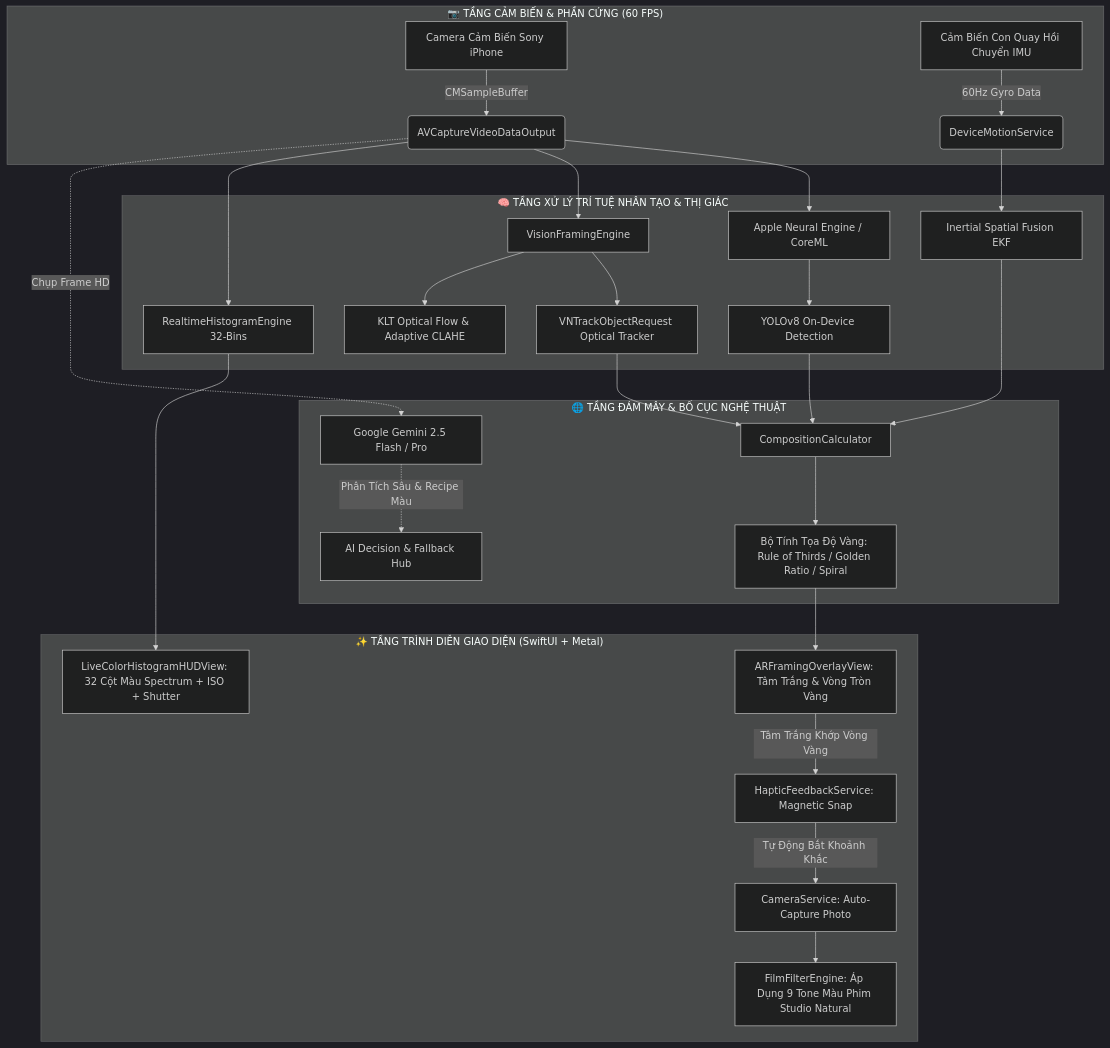
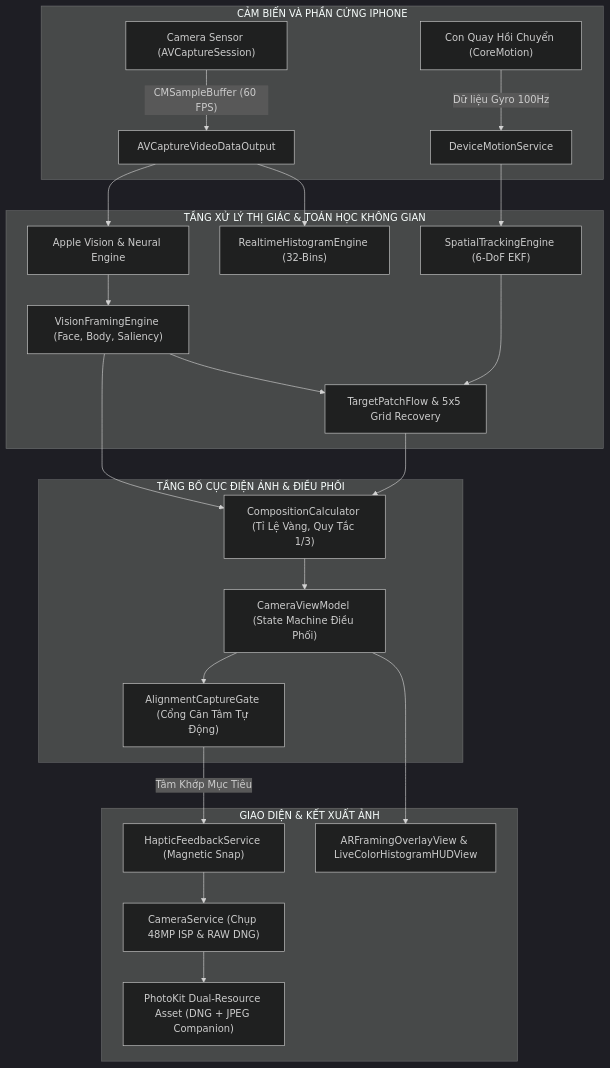
One commit to emlavankhoahienma-hue/ai-smart-framing-camera changed the diagram in README.md. Above: the diagram before and after it, drawn with Mermaid (dark theme). The commit also changed other lines of this file, not shown here.

Commit message:
docs: redesign README with professional layout, core features, and geometric algorithms [skip ci]

````diff
--- a/README.md
+++ b/README.md
@@ -147,32 +78,28 @@
 ```mermaid
-flowchart TB
-    subgraph SENSOR_TIER["📷 TẦNG CẢM BIẾN & PHẦN CỨNG (60 FPS)"]
-        A[Camera Cảm Biến Sony iPhone] -->|CMSampleBuffer| B(AVCaptureVideoDataOutput)
-        C[Cảm Biến Con Quay Hồi Chuyển IMU] -->|60Hz Gyro Data| D(DeviceMotionService)
+flowchart TD
+    subgraph HARDWARE_TIER["CẢM BIẾN VÀ PHẦN CỨNG IPHONE"]
+        A["Camera Sensor (AVCaptureSession)"] -->|"CMSampleBuffer (60 FPS)"| B["AVCaptureVideoDataOutput"]
+        C["Con Quay Hồi Chuyển (CoreMotion)"] -->|"Dữ liệu Gyro 100Hz"| D["DeviceMotionService"]
     end
 
-    subgraph ENGINE_TIER["🧠 TẦNG XỬ LÝ TRÍ TUỆ NHÂN TẠO & THỊ GIÁC"]
-        B --> E[Apple Neural Engine / CoreML]
-        B --> F[VisionFramingEngine]
-        B --> G[RealtimeHistogramEngine 32-Bins]
-        E --> H[YOLOv8 On-Device Detection]
-        F --> I[VNTrackObjectRequest Optical Tracker]
-        F --> J[KLT Optical Flow & Adaptive CLAHE]
-        D --> K[Inertial Spatial Fusion EKF]
+    subgraph ENGINE_TIER["TẦNG XỬ LÝ THỊ GIÁC & TOÁN HỌC KHÔNG GIAN"]
+        B --> E["Apple Vision & Neural Engine"]
+        B --> F["RealtimeHistogramEngine (32-Bins)"]
+        D --> G["SpatialTrackingEngine (6-DoF EKF)"]
+        E --> H["VisionFramingEngine (Face, Body, Saliency)"]
+        H & G --> I["TargetPatchFlow & 5x5 Grid Recovery"]
     end
 
-    subgraph INTELLIGENCE_TIER["🌐 TẦNG ĐÁM MÂY & BỐ CỤC NGHỆ THUẬT"]
-        B -.->|Chụp Frame HD| L[Google Gemini 2.5 Flash / Pro]
-        L -.->|Phân Tích Sâu & Recipe Màu| M[AI Decision & Fallback Hub]
-        H & I & K --> N[CompositionCalculator]
-        N --> O[Bộ Tính Tọa Độ Vàng: Rule of Thirds / Golden Ratio / Spiral]
+    subgraph INTELLIGENCE_TIER["TẦNG BỐ CỤC ĐIỆN ẢNH & ĐIỀU PHỐI"]
+        H & I --> J["CompositionCalculator (Tỉ Lệ Vàng, Quy Tắc 1/3)"]
+        J --> K["CameraViewModel (State Machine Điều Phối)"]
+        K --> L["AlignmentCaptureGate (Cổng Căn Tâm Tự Động)"]
     end
 
-    subgraph UI_TIER["✨ TẦNG TRÌNH DIỄN GIAO DIỆN (SwiftUI + Metal)"]
-        O --> P[ARFramingOverlayView: Tâm Trắng & Vòng Tròn Vàng]
-        G --> Q[LiveColorHistogramHUDView: 32 Cột Màu Spectrum + ISO + Shutter]
-        P -->|Tâm Trắng Khớp Vòng Vàng| R[HapticFeedbackService: Magnetic Snap]
-        R -->|Tự Động Bắt Khoảnh Khắc| S[CameraService: Auto-Capture Photo]
-        S --> T[FilmFilterEngine: Áp Dụng 9 Tone Màu Phim Studio Natural]
+    subgraph PRESENTATION_TIER["GIAO DIỆN & KẾT XUẤT ẢNH"]
+        L -->|"Tâm Khớp Mục Tiêu"| M["HapticFeedbackService (Magnetic Snap)"]
+        M --> N["CameraService (Chụp 48MP ISP & RAW DNG)"]
+        N --> O["PhotoKit Dual-Resource Asset (DNG + JPEG Companion)"]
+        K --> P["ARFramingOverlayView & LiveColorHistogramHUDView"]
     end
 ```
````
